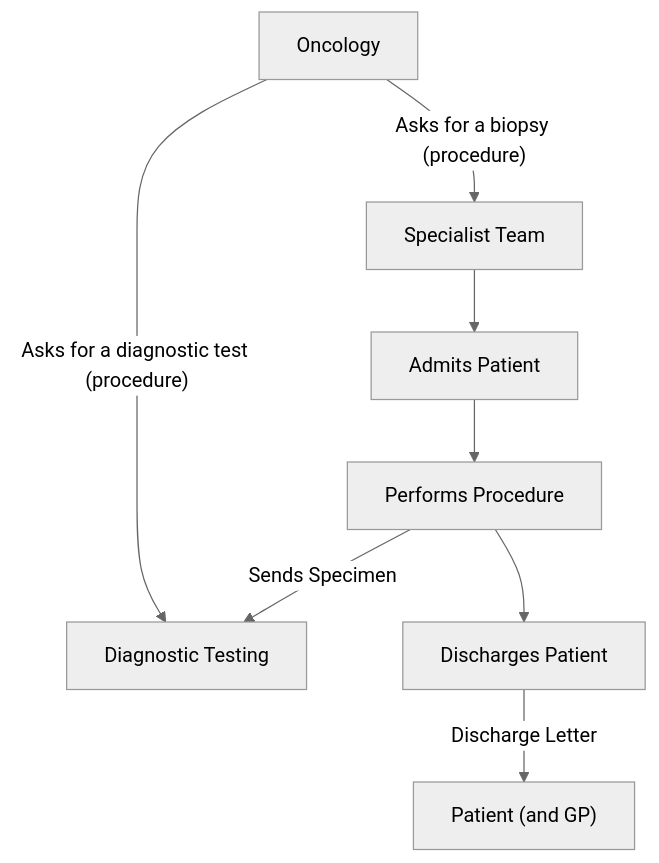
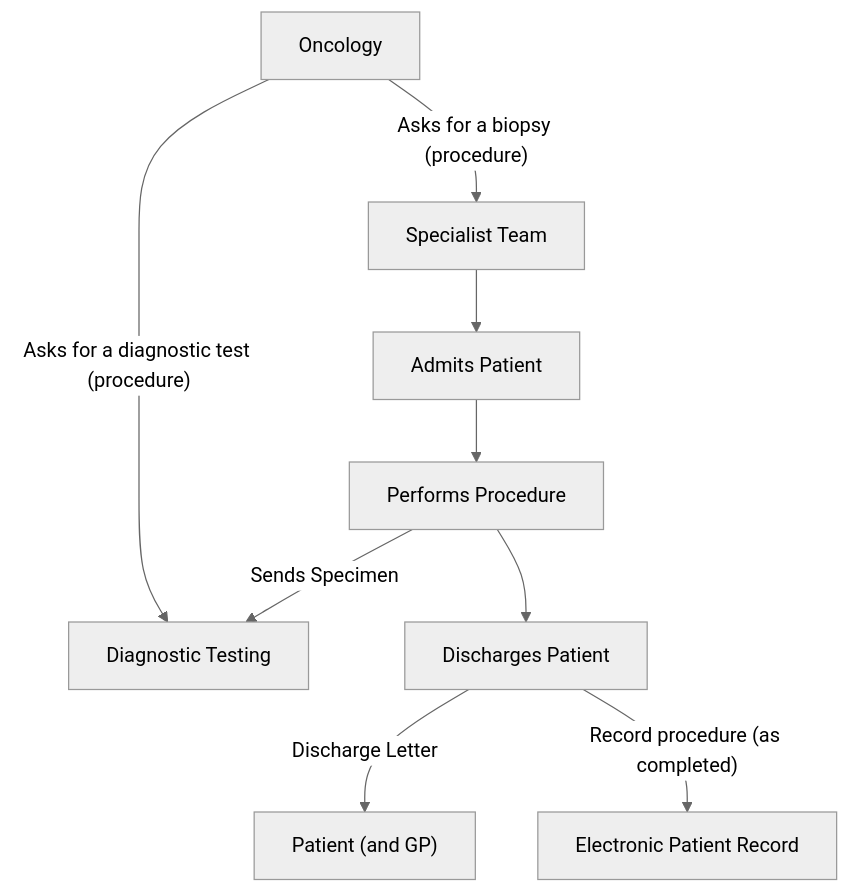
Before and after one commit to uk-gov-mirror/nw-gmsa.nw-gmsa.github.com: the diagram in input/intro-notes/ExampleScenario-BiopsyProcedure-intro.md, drawn with Mermaid (neutral theme).

Commit message:
Test Category codes

````diff
--- a/input/intro-notes/ExampleScenario-BiopsyProcedure-intro.md
+++ b/input/intro-notes/ExampleScenario-BiopsyProcedure-intro.md
@@ -2,12 +2,13 @@
 ```mermaid
 graph TD;
 
     Oncology --> |"Asks for a biopsy (procedure)"| SpecialistTeam[Specialist Team]
     Oncology --> |"Asks for a diagnostic test (procedure)"| DiagnosticTesting[Diagnostic Testing]
     SpecialistTeam --> Admits[Admits Patient]
     Admits --> Performs[Performs Procedure]
     Performs --> Discharge[Discharges Patient]
     Performs --> |Sends Specimen| DiagnosticTesting
     Discharge --> |Discharge Letter| Patient["Patient (and GP)"]
+    Discharge --> |"Record procedure (as completed)"| EPR[Electronic Patient Record]
 
 ```
````
